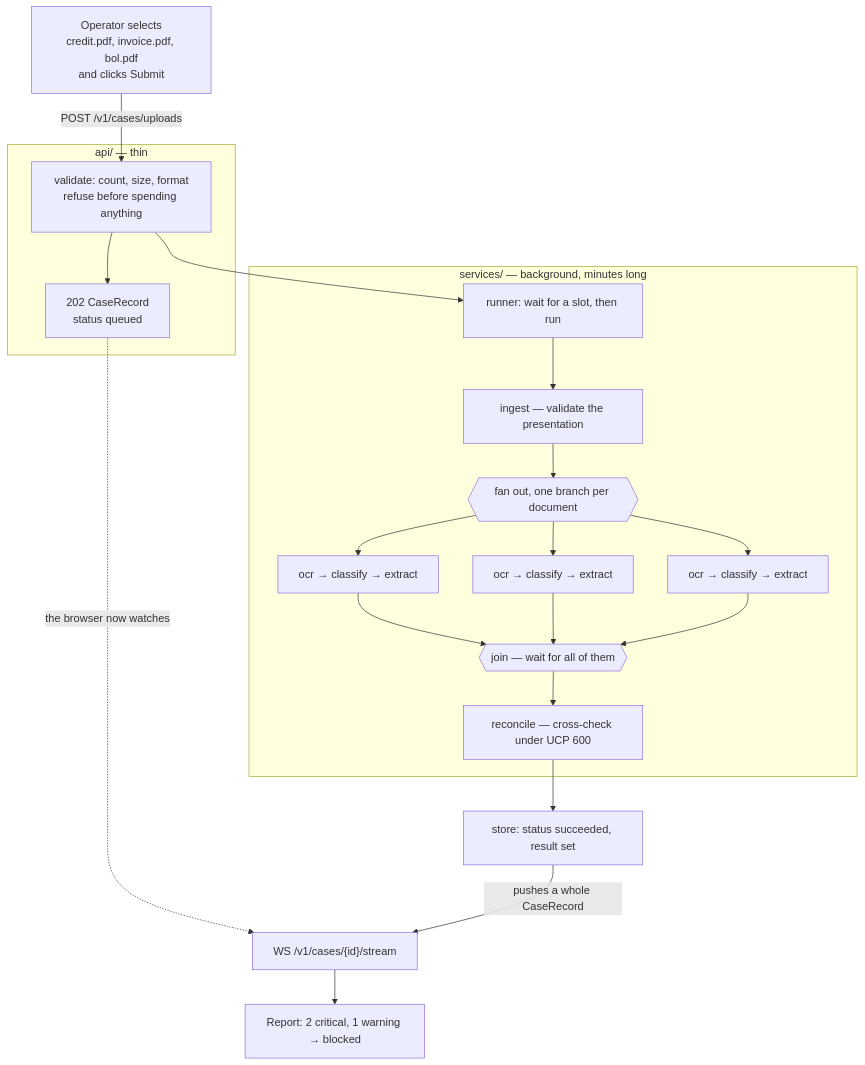
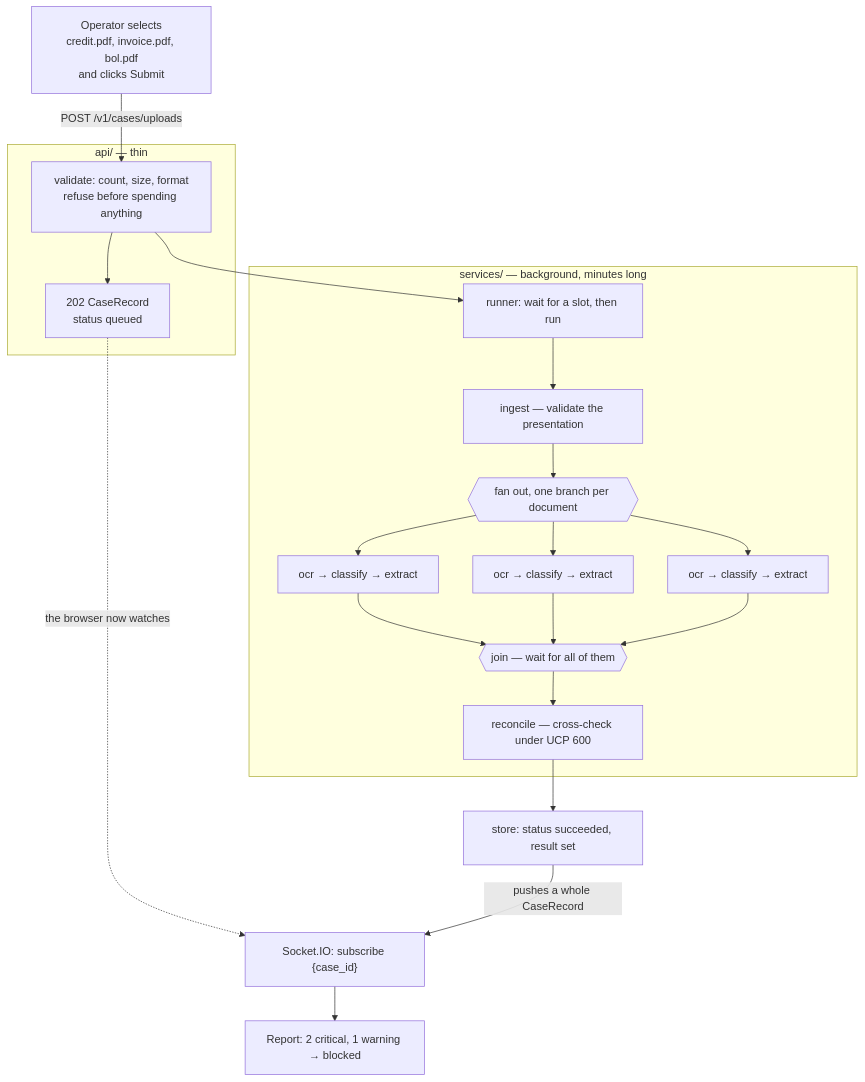
One commit to selvakumarperumal/Trade_Finance_Doc_Mismatch_Detector changed the first of 7 diagrams in backend/Detector/ARCHITECTURE.md. Above: the diagram before and after it, drawn with Mermaid. The commit also changed other lines of this file and 30 other files, not shown here.

````diff
--- a/backend/Detector/ARCHITECTURE.md
+++ b/backend/Detector/ARCHITECTURE.md
@@ -22,28 +22,28 @@
 ```mermaid
 flowchart TD
     U["Operator selects<br/>credit.pdf, invoice.pdf, bol.pdf<br/>and clicks Submit"]
     U -->|"POST /v1/cases/uploads"| API
 
     subgraph HTTP["api/ — thin"]
         API["validate: count, size, format<br/>refuse before spending anything"]
         API --> ACC["202 CaseRecord<br/>status queued"]
     end
 
-    ACC -.->|"the browser now watches"| WS["WS /v1/cases/{id}/stream"]
+    ACC -.->|"the browser now watches"| WS["Socket.IO: subscribe {case_id}"]
     API --> RUN
 
     subgraph BG["services/ — background, minutes long"]
         RUN["runner: wait for a slot, then run"]
         RUN --> ING["ingest — validate the presentation"]
         ING --> FAN{{"fan out, one branch per document"}}
         FAN --> B1["ocr → classify → extract"]
         FAN --> B2["ocr → classify → extract"]
         FAN --> B3["ocr → classify → extract"]
         B1 & B2 & B3 --> JOIN{{"join — wait for all of them"}}
         JOIN --> REC["reconcile — cross-check under UCP 600"]
     end
 
     REC --> STORE["store: status succeeded, result set"]
     STORE -->|"pushes a whole CaseRecord"| WS
     WS --> UI["Report: 2 critical, 1 warning → blocked"]
 ```
````
